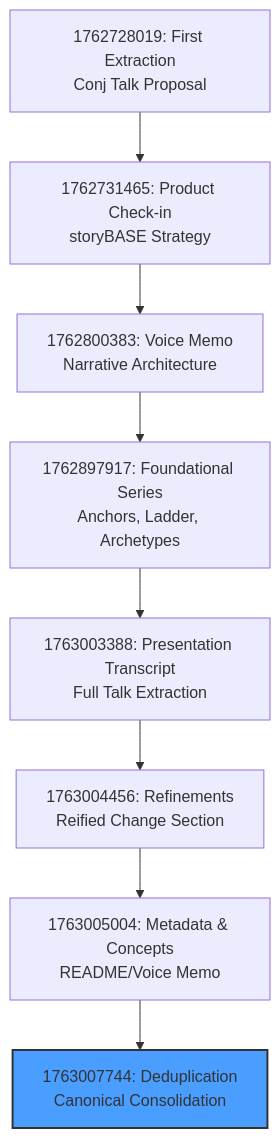
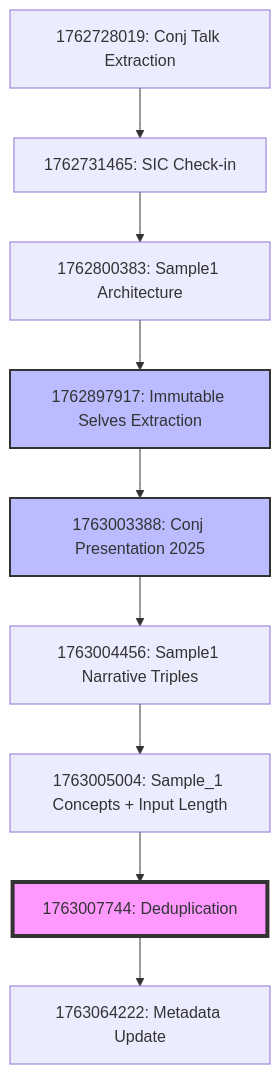
One commit to Synthetic-Identity-Co/conj-talk-2025 changed the first of 2 diagrams in README.md. Above: the diagram before and after it, drawn with Mermaid. The commit also changed other lines of this file, not shown here.

Commit message:
story:  9ca903a49c557ba3a693e09c9049fa1e0610f9ac

````diff
--- a/README.md
+++ b/README.md
@@ -105,12 +172,15 @@
 ```mermaid
 graph TD
-    A[1762728019: First Extraction<br/>Conj Talk Proposal] --> B[1762731465: Product Check-in<br/>storyBASE Strategy]
-    B --> C[1762800383: Voice Memo<br/>Narrative Architecture]
-    C --> D[1762897917: Foundational Series<br/>Anchors, Ladder, Archetypes]
-    D --> E[1763003388: Presentation Transcript<br/>Full Talk Extraction]
-    E --> F[1763004456: Refinements<br/>Reified Change Section]
-    F --> G[1763005004: Metadata & Concepts<br/>README/Voice Memo]
-    G --> H[1763007744: Deduplication<br/>Canonical Consolidation]
+    A[1762728019: Conj Talk Extraction] --> B[1762731465: SIC Check-in]
+    B --> C[1762800383: Sample1 Architecture]
+    C --> D[1762897917: Immutable Selves Extraction]
+    D --> E[1763003388: Conj Presentation 2025]
+    E --> F[1763004456: Sample1 Narrative Triples]
+    F --> G[1763005004: Sample_1 Concepts + Input Length]
+    G --> H[1763007744: Deduplication]
+    H --> I[1763064222: Metadata Update]
     
-    style H fill:#4a9eff,stroke:#333,stroke-width:2px
+    style H fill:#f9f,stroke:#333,stroke-width:4px
+    style D fill:#bbf,stroke:#333,stroke-width:2px
+    style E fill:#bbf,stroke:#333,stroke-width:2px
 ```
````
